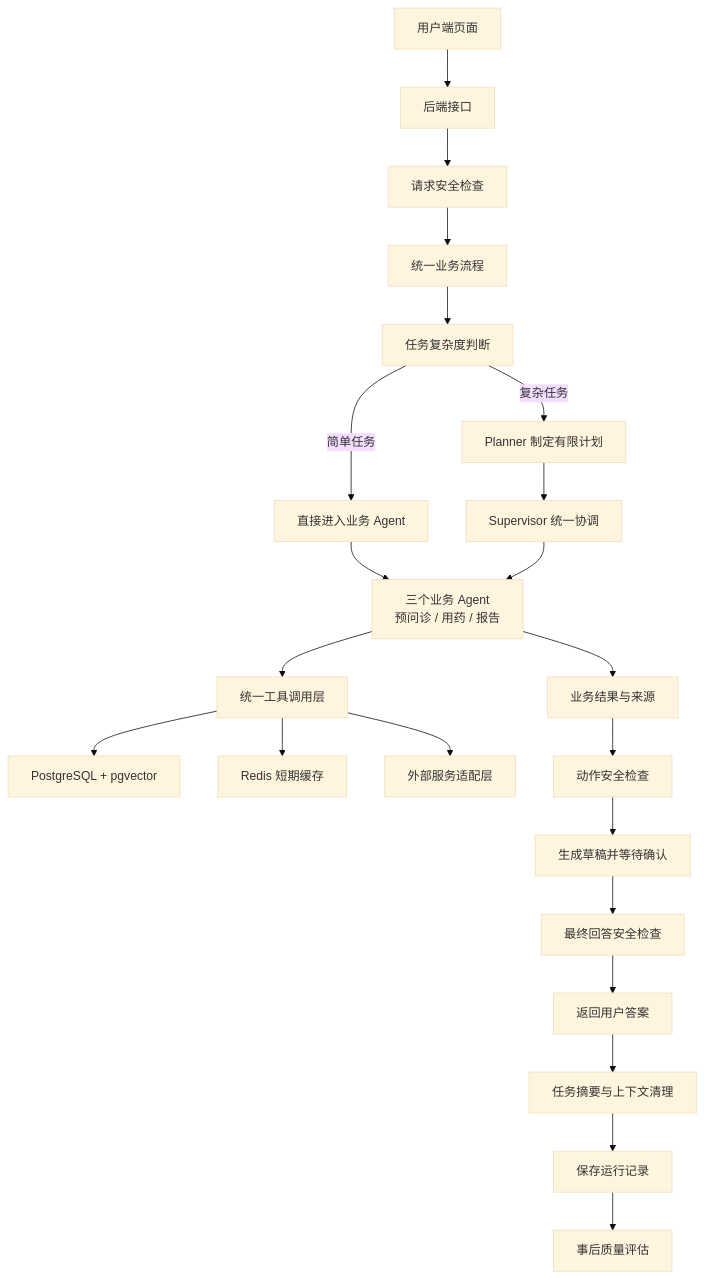
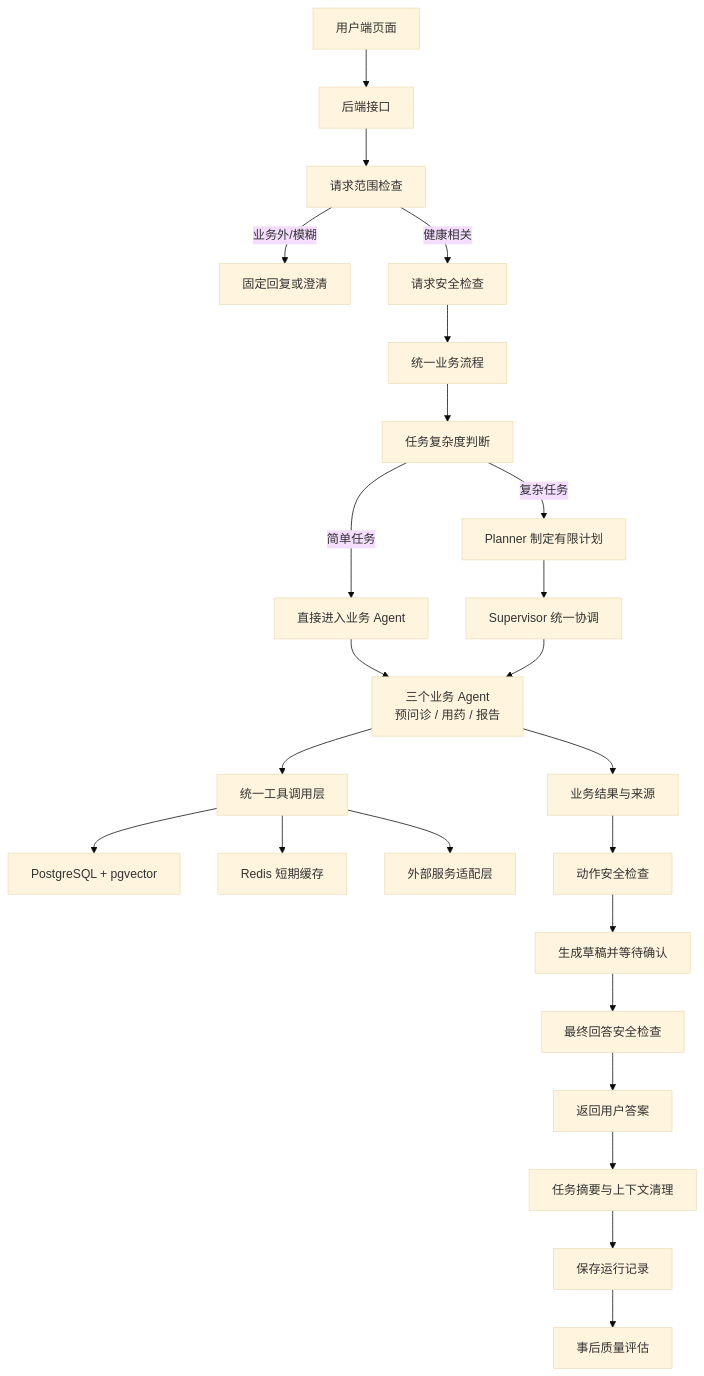
The first of 2 diagrams in README.md (dadiaochen/hospital-agent), drawn with Mermaid (base theme) before and after one commit. The commit also changed other lines of this file and 58 other files, not shown here.

````diff
--- a/README.md
+++ b/README.md
@@ -28,24 +29,26 @@
 ```mermaid
 flowchart TB
     UI["用户端页面"] --> API["后端接口"]
-    API --> GUARD1["请求安全检查"]
+    API --> SCOPE["请求范围检查"]
+    SCOPE -->|"业务外/模糊"| END["固定回复或澄清"]
+    SCOPE -->|"健康相关"| GUARD1["请求安全检查"]
     GUARD1 --> GRAPH["统一业务流程"]
     GRAPH --> ROUTER["任务复杂度判断"]
     ROUTER -->|"简单任务"| DIRECT["直接进入业务 Agent"]
     ROUTER -->|"复杂任务"| PLAN["Planner 制定有限计划"]
     PLAN --> SUP["Supervisor 统一协调"]
     DIRECT --> DOMAIN["三个业务 Agent\n预问诊 / 用药 / 报告"]
     SUP --> DOMAIN
     DOMAIN --> TOOLS["统一工具调用层"]
     TOOLS --> DB["PostgreSQL + pgvector"]
     TOOLS --> CACHE["Redis 短期缓存"]
     TOOLS --> PROVIDERS["外部服务适配层"]
     DOMAIN --> RESULT["业务结果与来源"]
     RESULT --> GUARD2["动作安全检查"]
     GUARD2 --> CONFIRM["生成草稿并等待确认"]
     CONFIRM --> GUARD3["最终回答安全检查"]
     GUARD3 --> ANSWER["返回用户答案"]
     ANSWER --> CTX["任务摘要与上下文清理"]
     CTX --> TRACE["保存运行记录"]
     TRACE --> EVAL["事后质量评估"]
 ```
````
